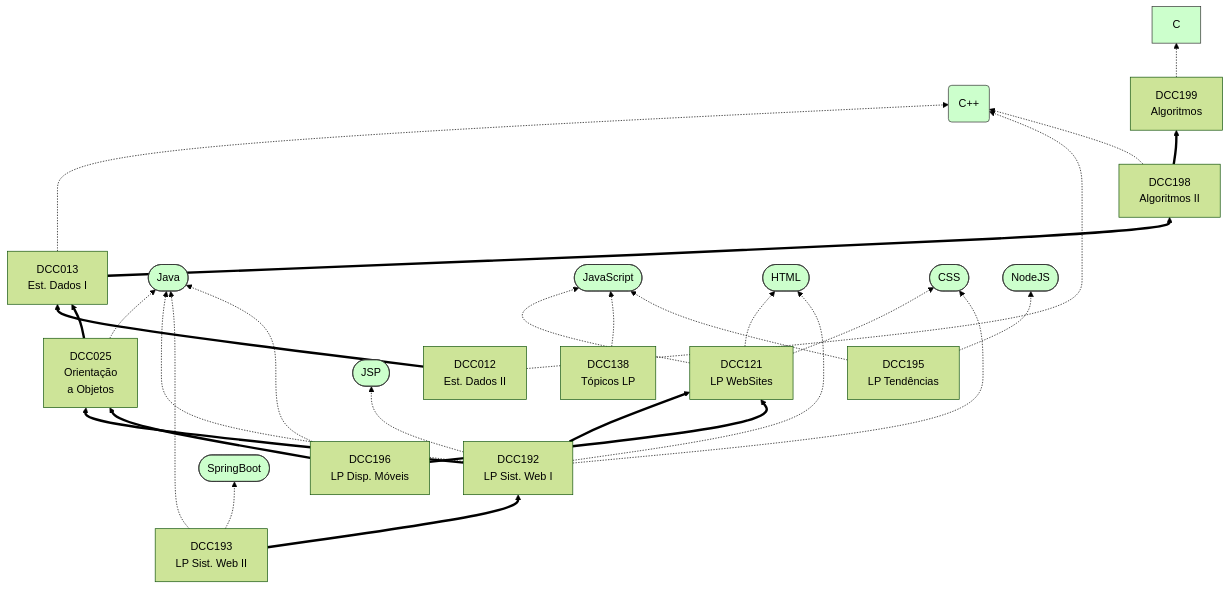
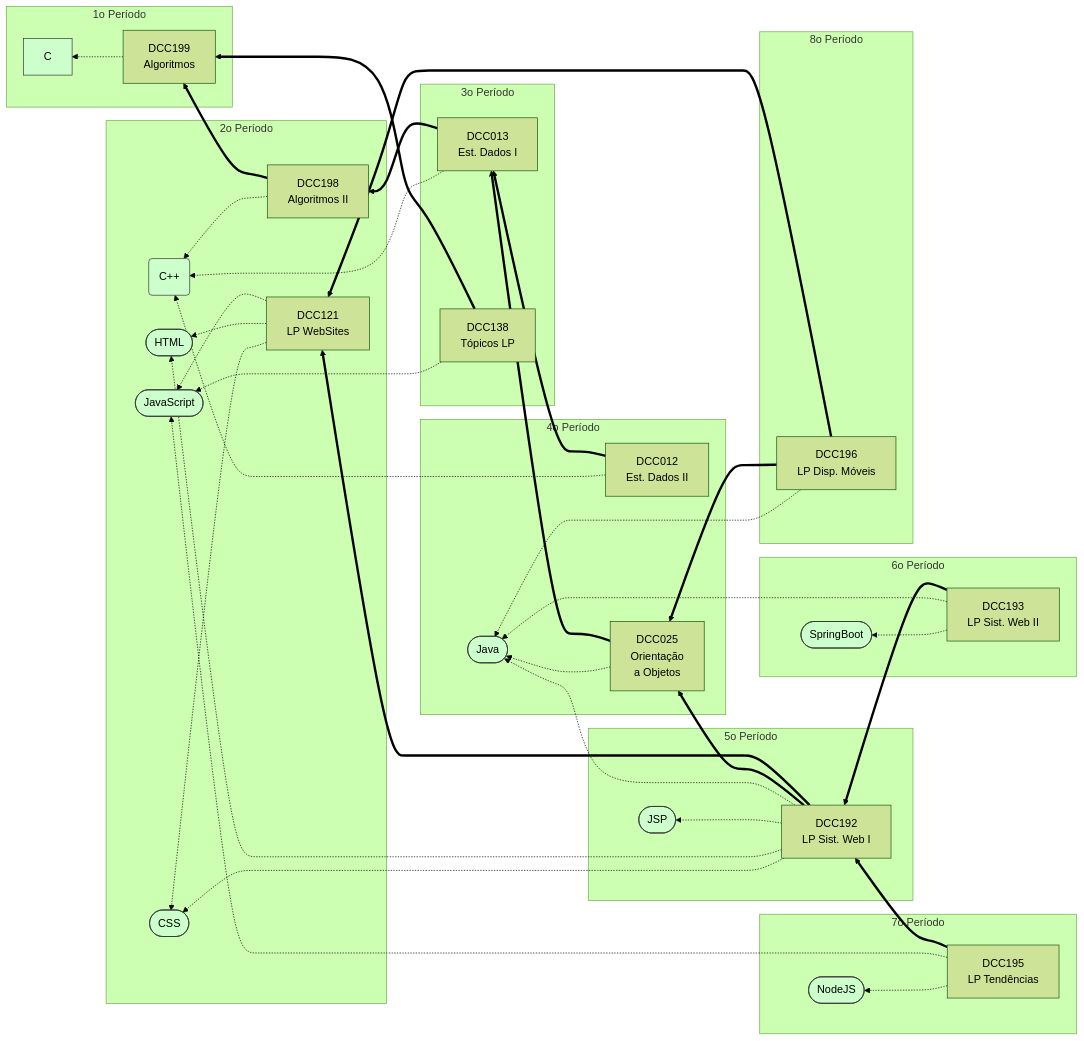
The diagram in README.md (igorknop/ufjf-dcc-tech-tree), drawn with Mermaid (forest theme) before and after one commit.

Commit message:
add semesters

````diff
--- a/README.md
+++ b/README.md
@@ -3,58 +3,75 @@
 ```mermaid
-flowchart BT
+flowchart RL
+subgraph 1o Período
+    DCC199[DCC199\nAlgoritmos]
+    DCC199 -.->C
+end
 
-
-    DCC013[DCC013\nEst. Dados I]
-    DCC013 ==> DCC198
-    DCC013 -.-> CPP
-
-    DCC012[DCC012\nEst. Dados II]
-    DCC012 ==> DCC013
-    DCC012 -.-> CPP
-
-
-    DCC025[DCC025\nOrientação\na Objetos]
-    DCC025 ==> DCC013
-    DCC025 -.-> Java([Java])
+subgraph 2o Período
+    DCC198[DCC198\nAlgoritmos II]
+    DCC198 ==> DCC199
+    DCC198 -.->CPP(C++)
 
     DCC121[DCC121\nLP WebSites]
     DCC121 -.-> JS([JavaScript])
     DCC121 -.-> HTML([HTML])
     DCC121 -.-> CSS([CSS])
-    
+end
+
+subgraph 3o Período
+    DCC013[DCC013\nEst. Dados I]
+    DCC013 ==> DCC198
+    DCC013 -.-> CPP
+
     DCC138[DCC138\nTópicos LP]
+    DCC138 ==> DCC199
     DCC138 -.-> JS
-    
-    
+end
+
+subgraph 4o Período
+    DCC012[DCC012\nEst. Dados II]
+    DCC012 ==> DCC013
+    DCC012 -.-> CPP
+
+    DCC025[DCC025\nOrientação\na Objetos]
+    DCC025 ==> DCC013
+    DCC025 -.-> Java([Java])
+end
+
+subgraph 5o Período
     DCC192[DCC192\nLP Sist. Web I]
     DCC192==> DCC121
     DCC192==> DCC025
     DCC192 -.-> Java
     DCC192 -.-> JSP([JSP])
     DCC192 -.-> HTML
     DCC192 -.-> CSS
+end
 
+subgraph 6o Período
     DCC193[DCC193\nLP Sist. Web II]
     DCC193 ==> DCC192
     DCC193 -.-> Java([Java])
     DCC193 -.-> SpringBoot([SpringBoot])
 
-    DCC195[DCC195\nLP Tendências]
+
+end
+
+subgraph 7o Período
+DCC195[DCC195\nLP Tendências]
+    DCC195 ==> DCC192
     DCC195 -.-> JS
     DCC195 -.-> NodeJS([NodeJS])
+end
 
+subgraph 8o Período
     DCC196[DCC196\nLP Disp. Móveis]
     DCC196 ==> DCC121
     DCC196 ==> DCC025 
     DCC196 -.-> Java
+end
 
-    DCC199[DCC199\nAlgoritmos]
-    DCC199 -.->C
-
-    DCC198[DCC198\nAlgoritmos II]
-    DCC198 ==> DCC199
-    DCC198 -.->CPP(C++)
 
     classDef tech fill:#cfc,stroke:#333,stroke-width:1px
     class C,CPP,HTML,CSS,JS,NodeJS,Java,JSP,SpringBoot tech;
 ```
````
